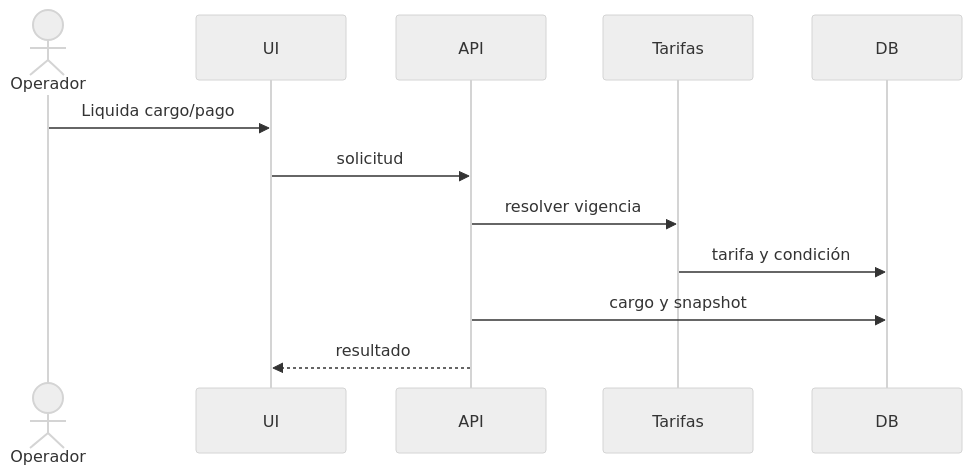
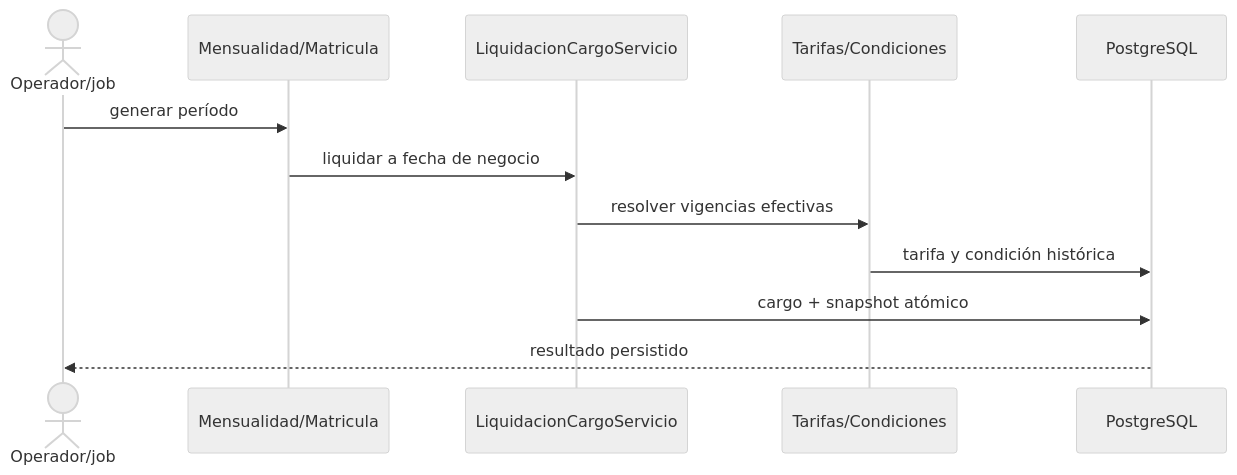
Before and after one commit to JerePrograma/Gestudio: the second of 2 diagrams in docs/ai-reference/05-functional-flows.md, drawn with Mermaid (neutral theme). The commit also changed other lines of this file and 28 other files, not shown here.

````diff
--- a/docs/ai-reference/05-functional-flows.md
+++ b/docs/ai-reference/05-functional-flows.md
@@ -17,14 +44,14 @@
 ```mermaid
 sequenceDiagram
-  actor Operador
-  participant UI
-  participant API
-  participant Tarifas
-  participant DB
-  Operador->>UI: Liquida cargo/pago
-  UI->>API: solicitud
-  API->>Tarifas: resolver vigencia
-  Tarifas->>DB: tarifa y condición
-  API->>DB: cargo y snapshot
-  API-->>UI: resultado
+    actor O as Operador/job
+    participant M as Mensualidad/Matricula
+    participant L as LiquidacionCargoServicio
+    participant T as Tarifas/Condiciones
+    participant DB as PostgreSQL
+    O->>M: generar período
+    M->>L: liquidar a fecha de negocio
+    L->>T: resolver vigencias efectivas
+    T->>DB: tarifa y condición histórica
+    L->>DB: cargo + snapshot atómico
+    DB-->>O: resultado persistido
 ```
````
